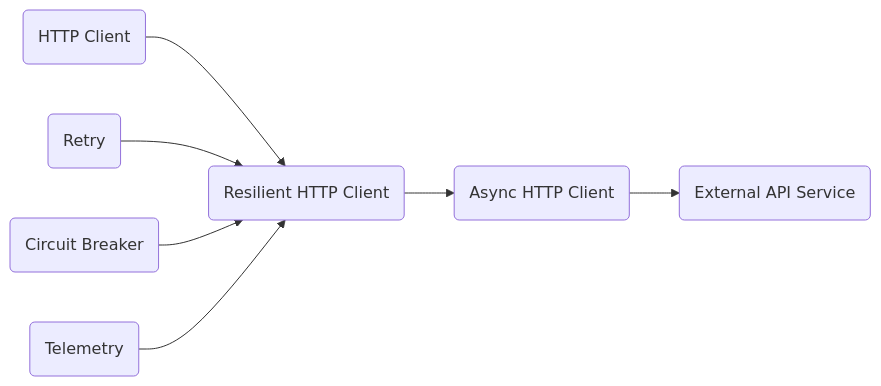
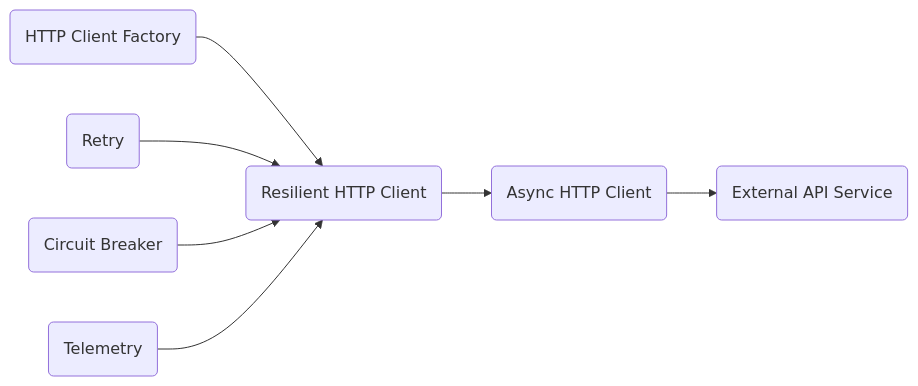
One commit to s-toufik/pycraftcore changed the second of 2 diagrams in Readme.md. Above: the diagram before and after it, drawn with Mermaid. The commit also changed other lines of this file and 3 other files, not shown here.

````diff
--- a/Readme.md
+++ b/Readme.md
@@ -174,9 +193,9 @@
 ```mermaid
 flowchart LR
-    R(HTTP Client) --> A(Resilient HTTP Client)
+    R(HTTP Client Factory) --> A(Resilient HTTP Client)
     B(Retry) --> A
     C(Circuit Breaker) --> A
     D(Telemetry) --> A
     A --> E(Async HTTP Client)
     E --> F(External API Service)
 ```
````
